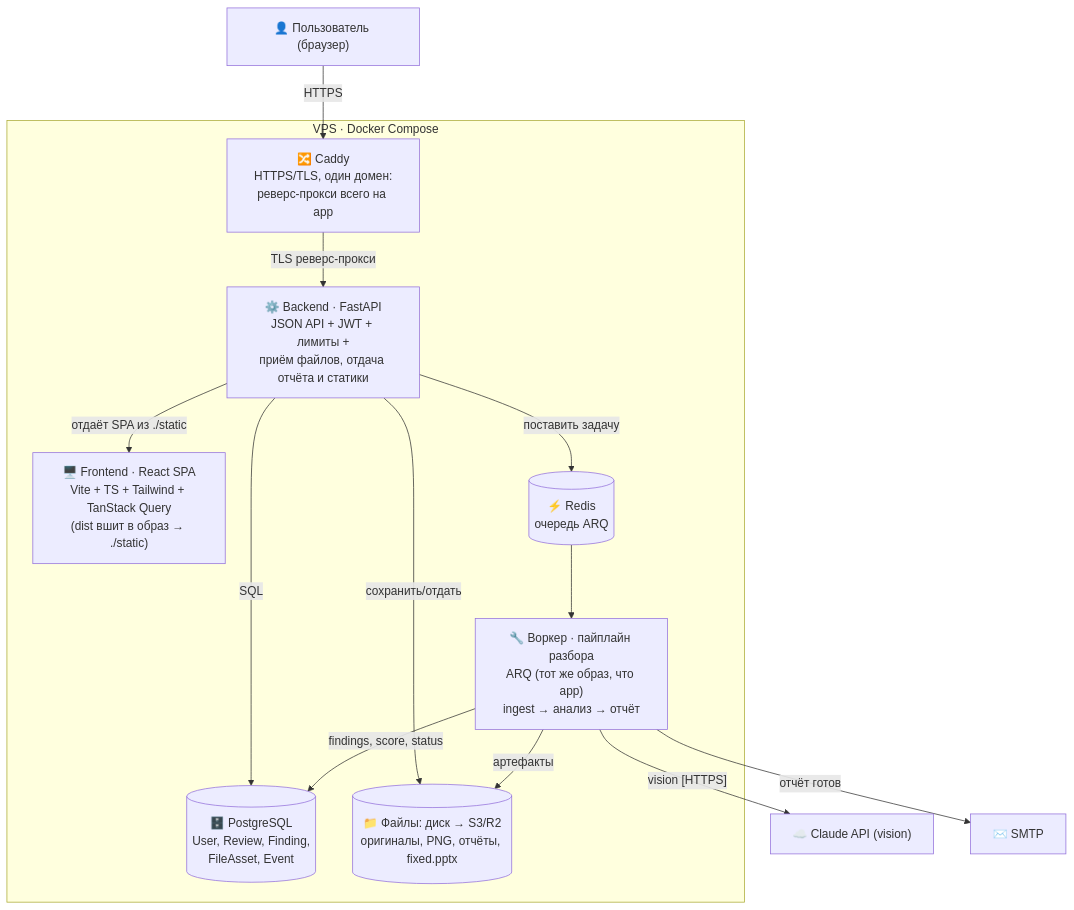
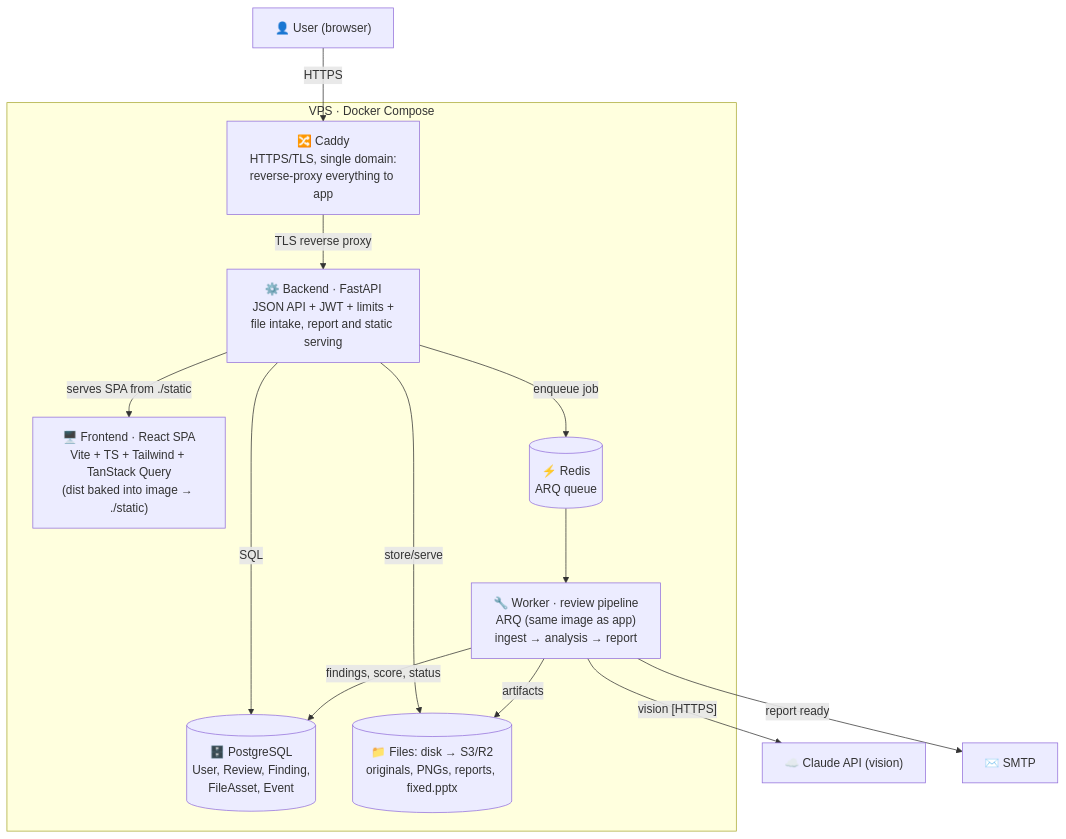
The second of 6 diagrams in docs/C4.md (SlideLens/Achitecture), drawn with Mermaid before and after one commit. The commit also changed other lines of this file and 24 other files, not shown here.

````diff
--- a/docs/C4.md
+++ b/docs/C4.md
@@ -30,29 +30,29 @@
 ```mermaid
 flowchart TB
-    user["👤 Пользователь (браузер)"]
+    user["👤 User (browser)"]
 
     subgraph vps["VPS · Docker Compose"]
-        caddy["🔀 Caddy<br/>HTTPS/TLS, один домен:<br/>реверс-прокси всего на app"]
-        spa["🖥️ Frontend · React SPA<br/>Vite + TS + Tailwind + TanStack Query<br/>(dist вшит в образ → ./static)"]
-        api["⚙️ Backend · FastAPI<br/>JSON API + JWT + лимиты +<br/>приём файлов, отдача отчёта и статики"]
-        worker["🔧 Воркер · пайплайн разбора<br/>ARQ (тот же образ, что app)<br/>ingest → анализ → отчёт"]
+        caddy["🔀 Caddy<br/>HTTPS/TLS, single domain:<br/>reverse-proxy everything to app"]
+        spa["🖥️ Frontend · React SPA<br/>Vite + TS + Tailwind + TanStack Query<br/>(dist baked into image → ./static)"]
+        api["⚙️ Backend · FastAPI<br/>JSON API + JWT + limits +<br/>file intake, report and static serving"]
+        worker["🔧 Worker · review pipeline<br/>ARQ (same image as app)<br/>ingest → analysis → report"]
         db[("🗄️ PostgreSQL<br/>User, Review, Finding,<br/>FileAsset, Event")]
-        redis[("⚡ Redis<br/>очередь ARQ")]
-        files[("📁 Файлы: диск → S3/R2<br/>оригиналы, PNG, отчёты, fixed.pptx")]
+        redis[("⚡ Redis<br/>ARQ queue")]
+        files[("📁 Files: disk → S3/R2<br/>originals, PNGs, reports, fixed.pptx")]
     end
 
     vlm["☁️ Claude API (vision)"]
     email["✉️ SMTP"]
 
     user -- "HTTPS" --> caddy
-    caddy -- "TLS реверс-прокси" --> api
-    api -- "отдаёт SPA из ./static" --> spa
+    caddy -- "TLS reverse proxy" --> api
+    api -- "serves SPA from ./static" --> spa
     api -- "SQL" --> db
-    api -- "поставить задачу" --> redis
-    api -- "сохранить/отдать" --> files
+    api -- "enqueue job" --> redis
+    api -- "store/serve" --> files
     redis --> worker
     worker -- "vision [HTTPS]" --> vlm
     worker -- "findings, score, status" --> db
-    worker -- "артефакты" --> files
-    worker -- "отчёт готов" --> email
+    worker -- "artifacts" --> files
+    worker -- "report ready" --> email
 ```
````
